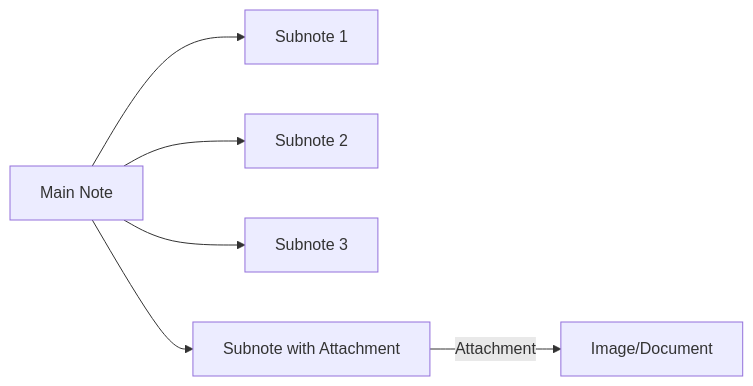
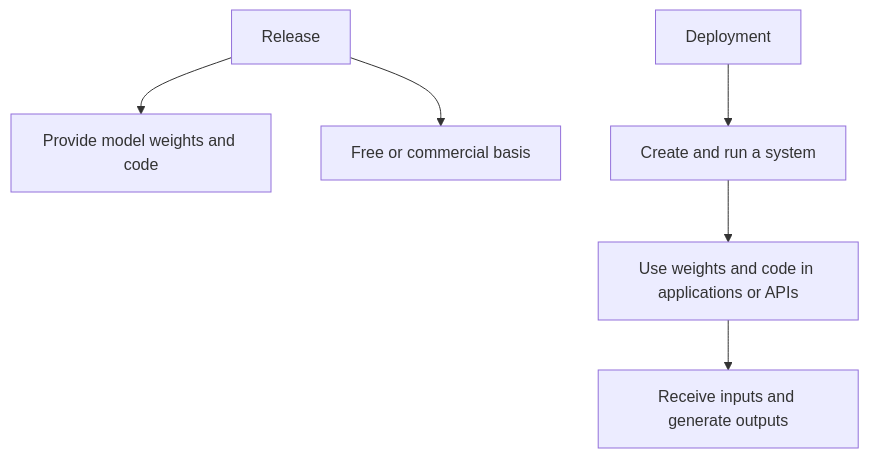
Before and after one commit to sarantium/ashvin: the diagram in sandbox/pydantic/output.md, drawn with Mermaid. The commit also changed other lines of this file and 13 other files, not shown here.

````diff
--- a/sandbox/pydantic/output.md
+++ b/sandbox/pydantic/output.md
@@ -173,8 +175,8 @@
 ```mermaid
-graph LR
-    A[Main Note] --> B[Subnote 1]
-    A --> C[Subnote 2]
-    A --> D[Subnote 3]
-    A --> E[Subnote with Attachment]
-        E --> |Attachment| F[Image/Document]
+flowchart TD
+    A[Release] --> B[Provide model weights and code]
+    A --> C[Free or commercial basis]
+    D[Deployment] --> E[Create and run a system]
+    E --> F[Use weights and code in applications or APIs]
+    F --> G[Receive inputs and generate outputs]
 ```
````
